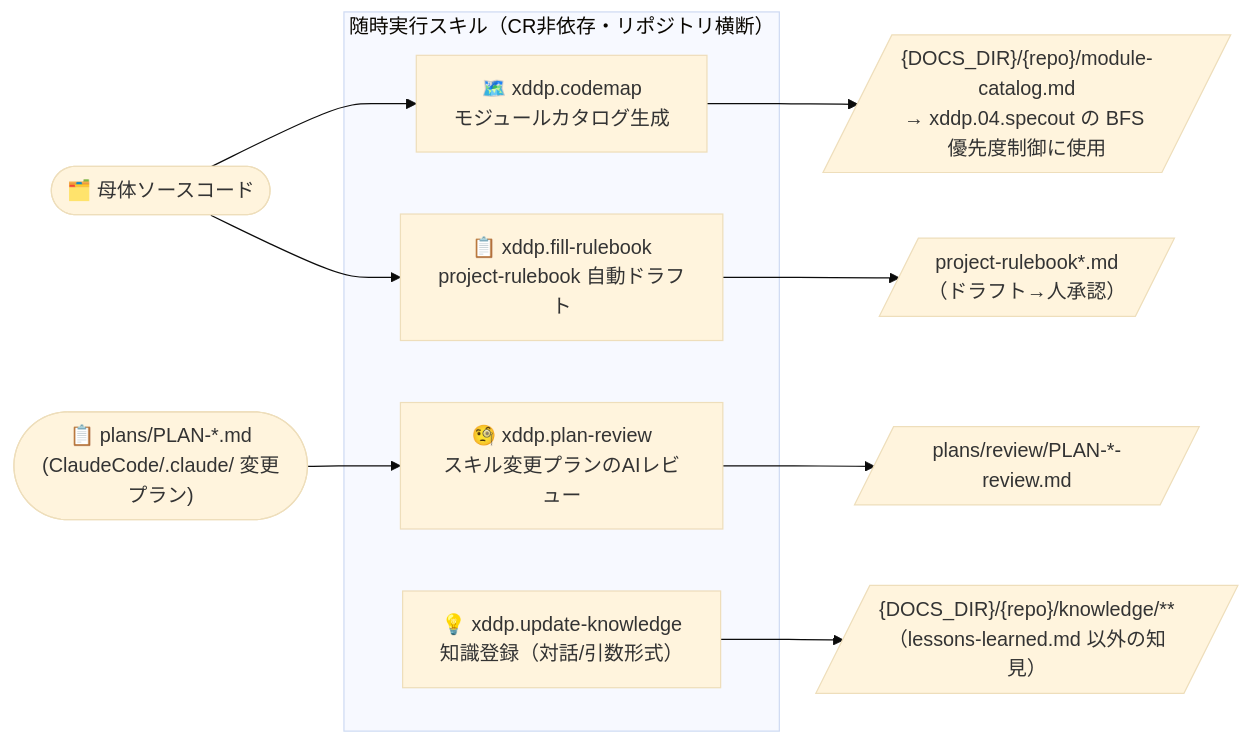
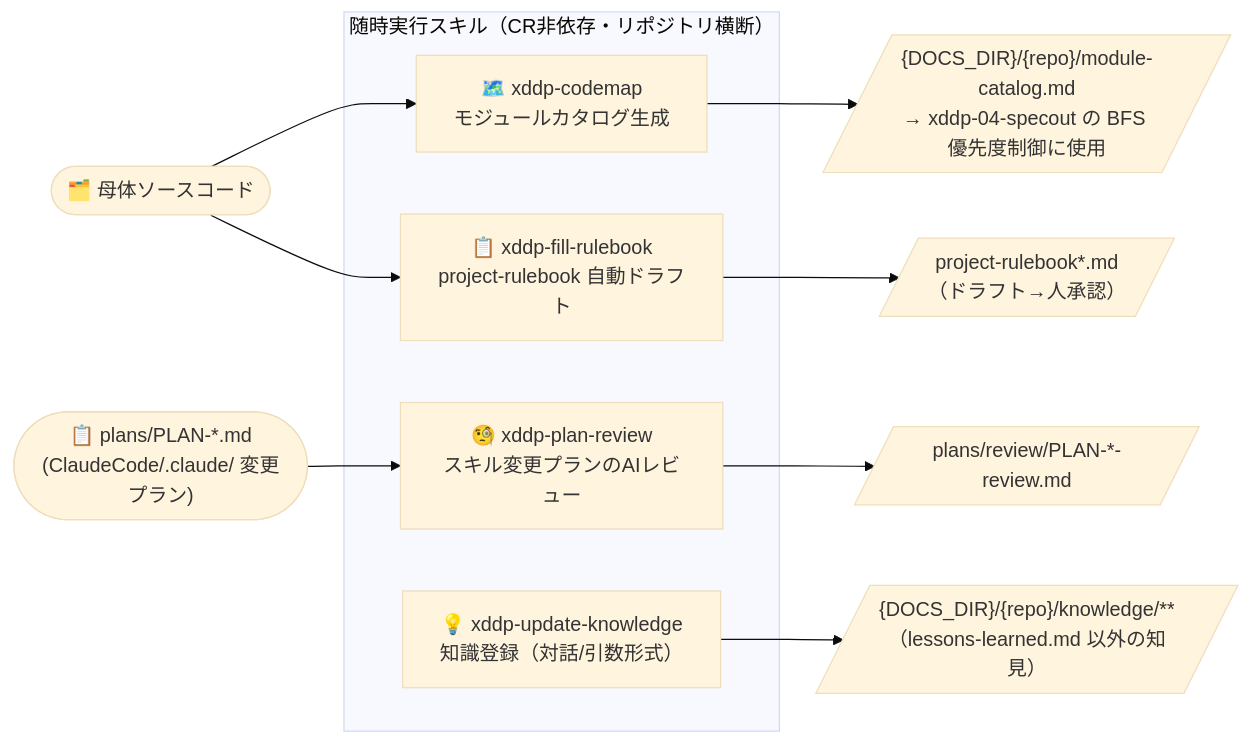
Before and after one commit to tsuna44/XddpSettings: the fifth of 5 diagrams in docs/xddp-process-dfd.md, drawn with Mermaid (base theme). The commit also changed other lines of this file and 318 other files, not shown here.

````diff
--- a/docs/xddp-process-dfd.md
+++ b/docs/xddp-process-dfd.md
@@ -233,22 +233,22 @@
 ```mermaid
 flowchart LR
     SRC3(["🗂️ 母体ソースコード"])
     PLAN_DOC(["📋 plans/PLAN-*.md<br/>(ClaudeCode/.claude/ 変更プラン)"])
 
     subgraph UTILS2["随時実行スキル（CR非依存・リポジトリ横断）"]
-        CMAP["🗺️ xddp.codemap<br/>モジュールカタログ生成"]
-        UPDK["💡 xddp.update-knowledge<br/>知識登録（対話/引数形式）"]
-        FILLR["📋 xddp.fill-rulebook<br/>project-rulebook 自動ドラフト"]
-        PREV["🧐 xddp.plan-review<br/>スキル変更プランのAIレビュー"]
+        CMAP["🗺️ xddp-codemap<br/>モジュールカタログ生成"]
+        UPDK["💡 xddp-update-knowledge<br/>知識登録（対話/引数形式）"]
+        FILLR["📋 xddp-fill-rulebook<br/>project-rulebook 自動ドラフト"]
+        PREV["🧐 xddp-plan-review<br/>スキル変更プランのAIレビュー"]
     end
 
-    CATALOG_OUT[/"{DOCS_DIR}/{repo}/module-catalog.md<br/>→ xddp.04.specout の BFS 優先度制御に使用"/]
+    CATALOG_OUT[/"{DOCS_DIR}/{repo}/module-catalog.md<br/>→ xddp-04-specout の BFS 優先度制御に使用"/]
     KNOW_OUT[/"{DOCS_DIR}/{repo}/knowledge/**<br/>（lessons-learned.md 以外の知見）"/]
     RULEBOOK_OUT[/"project-rulebook*.md<br/>（ドラフト→人承認）"/]
     PLAN_REVIEW_OUT[/"plans/review/PLAN-*-review.md"/]
 
     SRC3 --> CMAP --> CATALOG_OUT
     UPDK --> KNOW_OUT
     SRC3 --> FILLR --> RULEBOOK_OUT
     PLAN_DOC --> PREV --> PLAN_REVIEW_OUT
 ```
````
